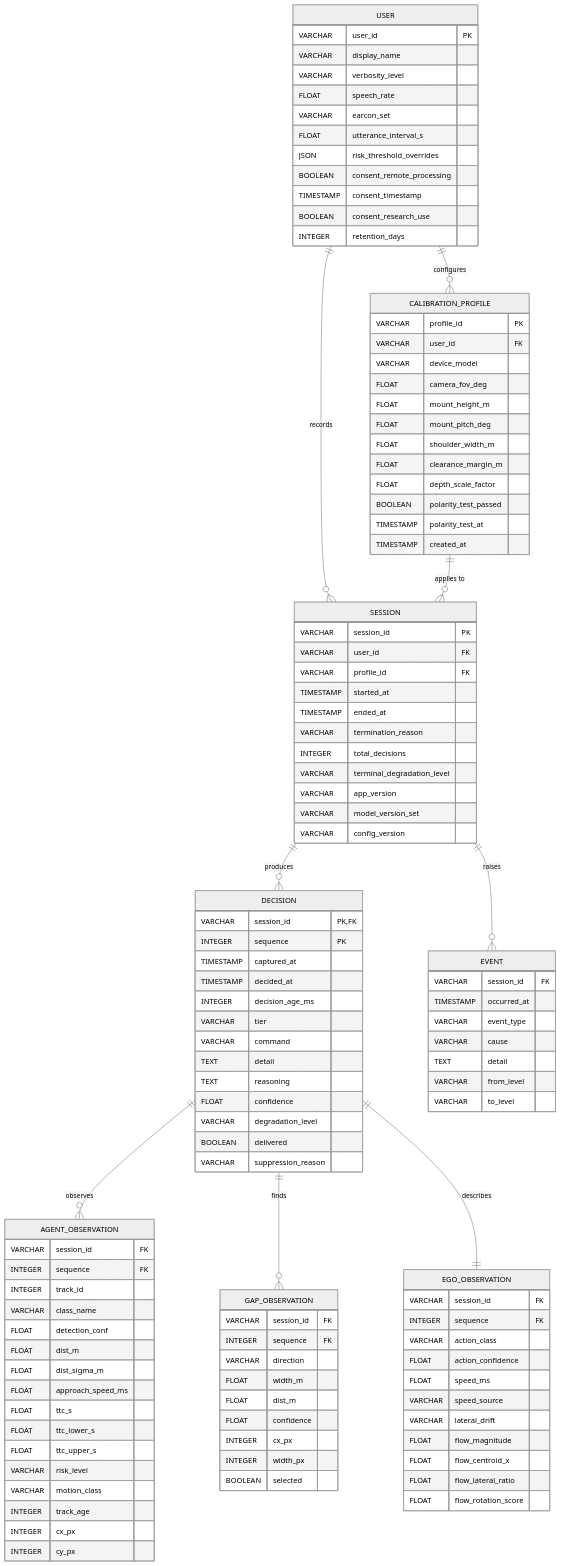
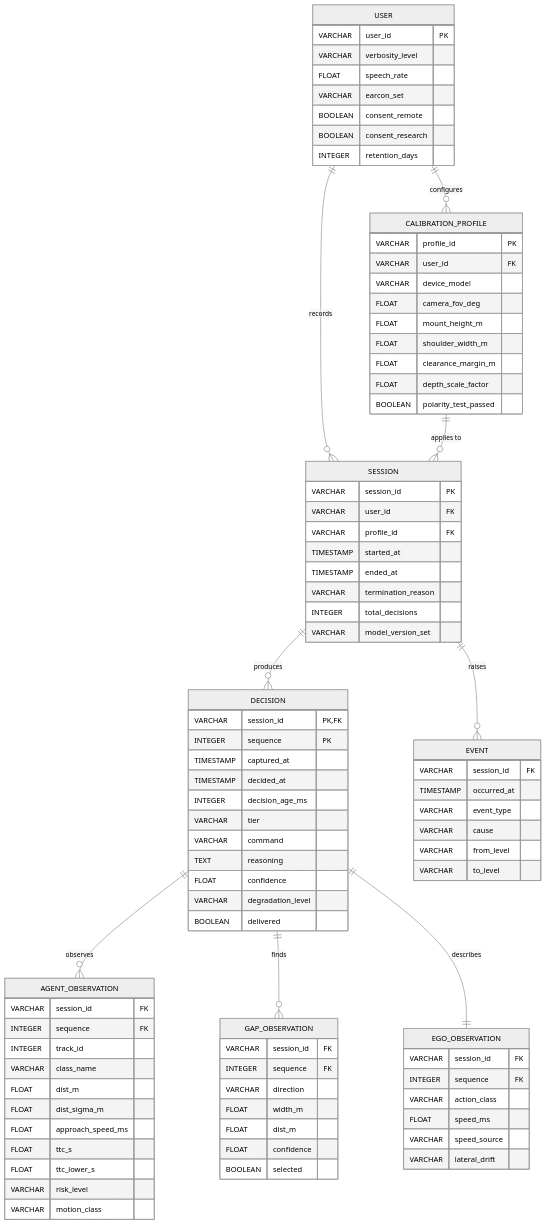
Before and after one commit to shahalam22/WalkSafe: the sixth of 10 diagrams in docs/SRS.md, drawn with Mermaid (neutral theme). The commit also changed other lines of this file and 2 other files, not shown here.

````diff
--- a/docs/SRS.md
+++ b/docs/SRS.md
@@ -757,43 +652,34 @@
 ```mermaid
 erDiagram
-    USER ||--o{ CALIBRATION_PROFILE : "configures"
-    USER ||--o{ SESSION : "records"
+    USER ||--o{ CALIBRATION_PROFILE : configures
+    USER ||--o{ SESSION : records
     CALIBRATION_PROFILE ||--o{ SESSION : "applies to"
-    SESSION ||--o{ DECISION : "produces"
-    SESSION ||--o{ EVENT : "raises"
-    DECISION ||--o{ AGENT_OBSERVATION : "observes"
-    DECISION ||--o{ GAP_OBSERVATION : "finds"
-    DECISION ||--|| EGO_OBSERVATION : "describes"
+    SESSION ||--o{ DECISION : produces
+    SESSION ||--o{ EVENT : raises
+    DECISION ||--o{ AGENT_OBSERVATION : observes
+    DECISION ||--o{ GAP_OBSERVATION : finds
+    DECISION ||--|| EGO_OBSERVATION : describes
 
     USER {
         VARCHAR user_id PK
-        VARCHAR display_name
         VARCHAR verbosity_level
         FLOAT speech_rate
         VARCHAR earcon_set
-        FLOAT utterance_interval_s
-        JSON risk_threshold_overrides
-        BOOLEAN consent_remote_processing
-        TIMESTAMP consent_timestamp
-        BOOLEAN consent_research_use
+        BOOLEAN consent_remote
+        BOOLEAN consent_research
         INTEGER retention_days
     }
-
     CALIBRATION_PROFILE {
         VARCHAR profile_id PK
         VARCHAR user_id FK
         VARCHAR device_model
         FLOAT camera_fov_deg
         FLOAT mount_height_m
-        FLOAT mount_pitch_deg
         FLOAT shoulder_width_m
         FLOAT clearance_margin_m
         FLOAT depth_scale_factor
         BOOLEAN polarity_test_passed
-        TIMESTAMP polarity_test_at
-        TIMESTAMP created_at
     }
-
     SESSION {
         VARCHAR session_id PK
         VARCHAR user_id FK
@@ -802,12 +688,8 @@
         TIMESTAMP ended_at
         VARCHAR termination_reason
         INTEGER total_decisions
-        VARCHAR terminal_degradation_level
-        VARCHAR app_version
         VARCHAR model_version_set
-        VARCHAR config_version
     }
-
     DECISION {
         VARCHAR session_id PK, FK
         INTEGER sequence PK
@@ -816,33 +698,24 @@
         INTEGER decision_age_ms
         VARCHAR tier
         VARCHAR command
-        TEXT detail
         TEXT reasoning
         FLOAT confidence
         VARCHAR degradation_level
         BOOLEAN delivered
-        VARCHAR suppression_reason
     }
-
     AGENT_OBSERVATION {
         VARCHAR session_id FK
         INTEGER sequence FK
         INTEGER track_id
         VARCHAR class_name
-        FLOAT detection_conf
         FLOAT dist_m
         FLOAT dist_sigma_m
         FLOAT approach_speed_ms
         FLOAT ttc_s
         FLOAT ttc_lower_s
-        FLOAT ttc_upper_s
         VARCHAR risk_level
         VARCHAR motion_class
-        INTEGER track_age
-        INTEGER cx_px
-        INTEGER cy_px
     }
-
     GAP_OBSERVATION {
         VARCHAR session_id FK
         INTEGER sequence FK
@@ -850,31 +723,21 @@
         FLOAT width_m
         FLOAT dist_m
         FLOAT confidence
-        INTEGER cx_px
-        INTEGER width_px
         BOOLEAN selected
     }
-
     EGO_OBSERVATION {
         VARCHAR session_id FK
         INTEGER sequence FK
         VARCHAR action_class
-        FLOAT action_confidence
         FLOAT speed_ms
         VARCHAR speed_source
         VARCHAR lateral_drift
-        FLOAT flow_magnitude
-        FLOAT flow_centroid_x
-        FLOAT flow_lateral_ratio
-        FLOAT flow_rotation_score
     }
-
     EVENT {
         VARCHAR session_id FK
         TIMESTAMP occurred_at
         VARCHAR event_type
         VARCHAR cause
-        TEXT detail
         VARCHAR from_level
         VARCHAR to_level
     }
````
